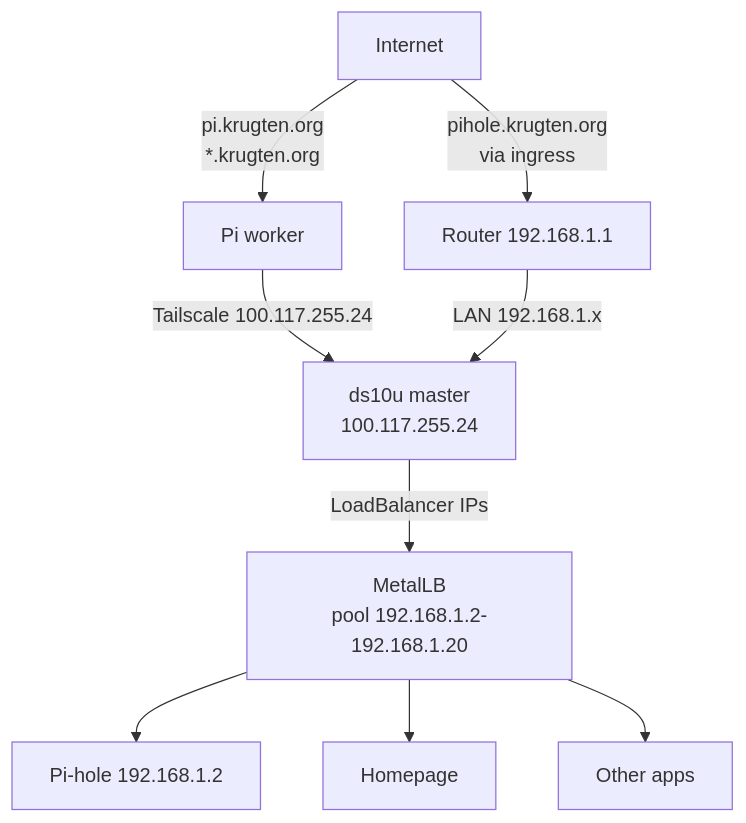
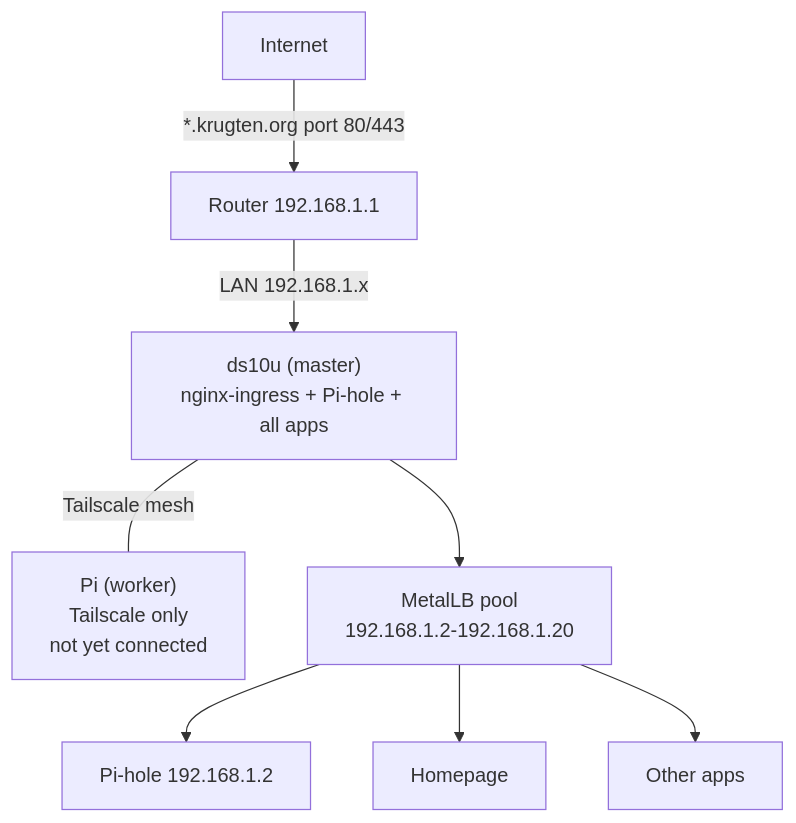
The first of 2 diagrams in docs/Architecture.md (zepzeper/ansible), drawn with Mermaid before and after one commit. The commit also changed other lines of this file and 5 other files, not shown here.

````diff
--- a/docs/Architecture.md
+++ b/docs/Architecture.md
@@ -5,20 +5,19 @@
 ```mermaid
 flowchart TD
     Internet[Internet]
-    Pi[Pi worker]
     Router[Router 192.168.1.1]
-    DS10U[ds10u master<br/>100.117.255.24]
-    MetalLB[MetalLB<br/>pool 192.168.1.2-192.168.1.20]
+    DS10U["ds10u (master)<br/>nginx-ingress + Pi-hole + all apps"]
+    Pi["Pi (worker)<br/>Tailscale only<br/>not yet connected"]
+    MetalLB[MetalLB pool<br/>192.168.1.2-192.168.1.20]
     Pihole[Pi-hole 192.168.1.2]
     Homepage[Homepage]
     Others[Other apps]
 
-    Internet -->|pi.krugten.org<br/>*.krugten.org| Pi
-    Internet -->|pihole.krugten.org<br/>via ingress| Router
-    Pi -->|Tailscale 100.117.255.24| DS10U
+    Internet -->|"*.krugten.org port 80/443"| Router
     Router -->|LAN 192.168.1.x| DS10U
-    DS10U -->|LoadBalancer IPs| MetalLB
+    DS10U --> MetalLB
     MetalLB --> Pihole
     MetalLB --> Homepage
     MetalLB --> Others
+    DS10U ---|Tailscale mesh| Pi
 ```
````
